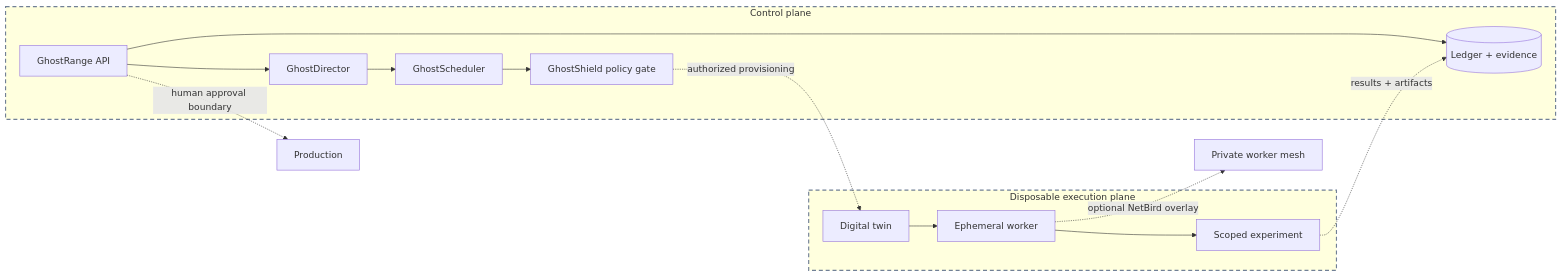
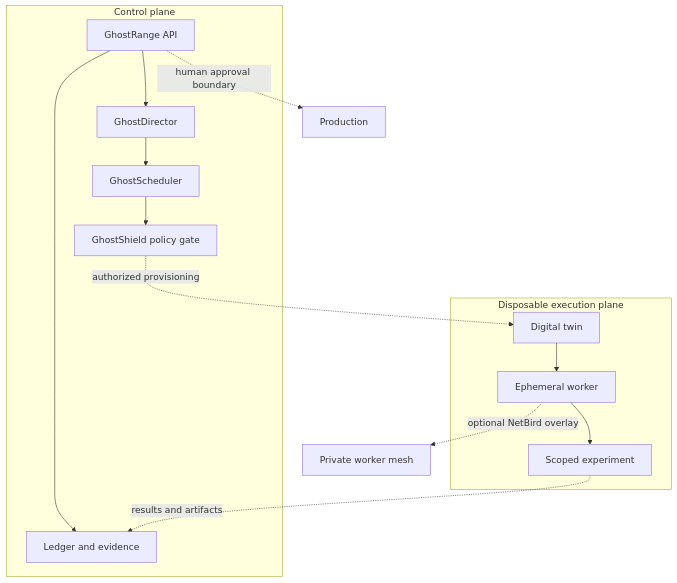
One commit to chetas1208/GhostRange changed the first of 8 diagrams in README.md. Above: the diagram before and after it, drawn with Mermaid. The commit also changed other lines of this file and 9 other files, not shown here.

````diff
--- a/README.md
+++ b/README.md
@@ -24,22 +24,19 @@
 ```mermaid
-flowchart LR
+flowchart TD
     subgraph CONTROL["Control plane"]
         API["GhostRange API"] --> DIRECTOR["GhostDirector"]
         DIRECTOR --> SCHEDULER["GhostScheduler"]
         SCHEDULER --> SHIELD["GhostShield policy gate"]
-        API --> EVIDENCE[("Ledger + evidence")]
+        API --> EVIDENCE["Ledger and evidence"]
     end
 
     subgraph EXECUTION["Disposable execution plane"]
         TWIN["Digital twin"] --> WORKER["Ephemeral worker"]
         WORKER --> EXPERIMENT["Scoped experiment"]
     end
 
-    SHIELD -. "authorized provisioning" .-> TWIN
-    WORKER -. "optional NetBird overlay" .-> WORKER_MESH["Private worker mesh"]
-    EXPERIMENT -. "results + artifacts" .-> EVIDENCE
-    API -. "human approval boundary" .-> PRODUCTION["Production"]
-
-    style CONTROL stroke:#718096,stroke-width:2px,stroke-dasharray:7 5
-    style EXECUTION stroke:#718096,stroke-width:2px,stroke-dasharray:7 5
+    SHIELD -.->|"authorized provisioning"| TWIN
+    WORKER -.->|"optional NetBird overlay"| MESH["Private worker mesh"]
+    EXPERIMENT -.->|"results and artifacts"| EVIDENCE
+    API -.->|"human approval boundary"| PRODUCTION["Production"]
 ```
````
